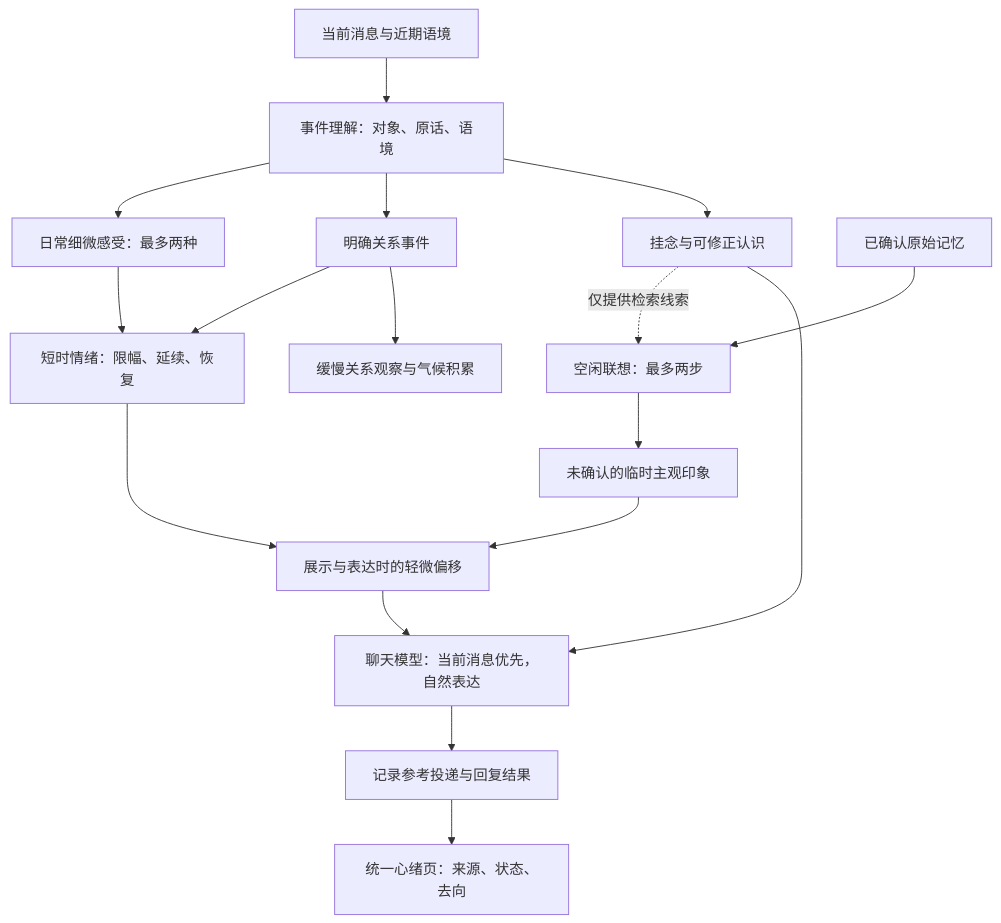
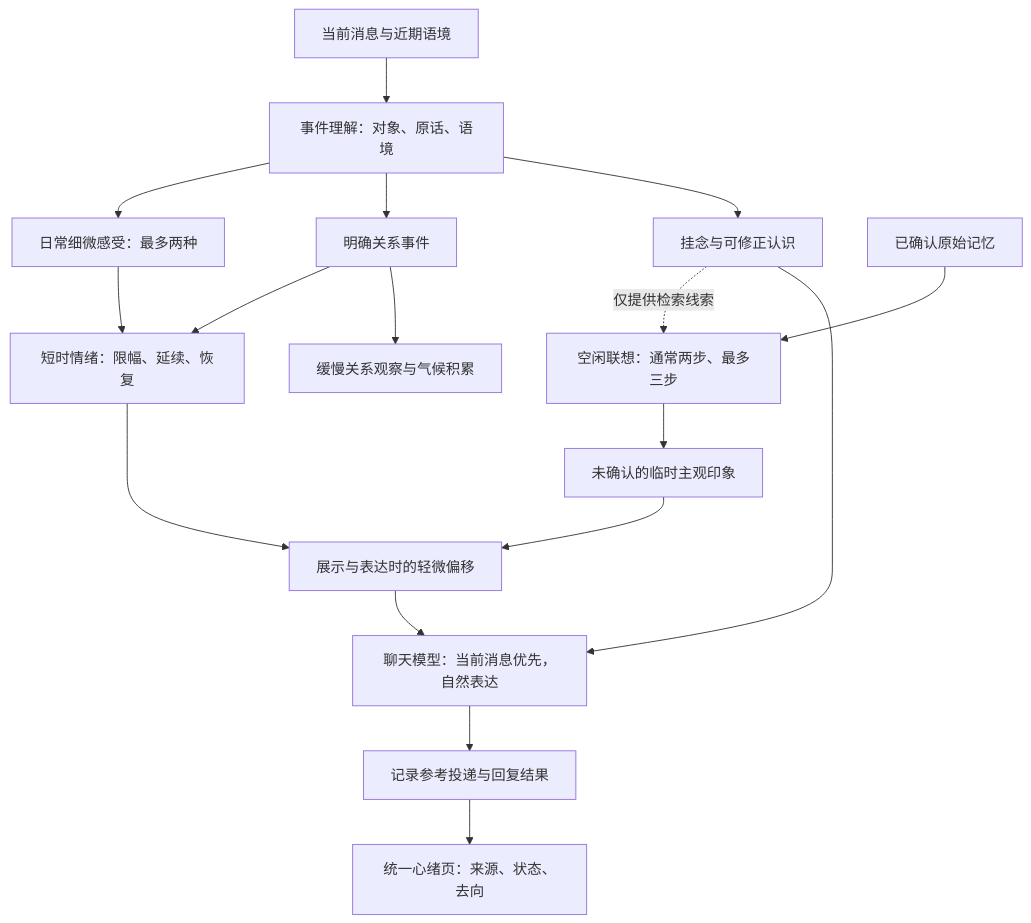
The diagram in docs/emotion-architecture.md (swy55555/dsh-feiyu-memory-console), drawn with Mermaid before and after one commit. The commit also changed other lines of this file and 41 other files, not shown here.

````diff
--- a/docs/emotion-architecture.md
+++ b/docs/emotion-architecture.md
@@ -5,19 +5,19 @@
 ```mermaid
 flowchart TD
   A[当前消息与近期语境] --> B[事件理解：对象、原话、语境]
   B --> C[日常细微感受：最多两种]
   B --> D[明确关系事件]
   B --> E[挂念与可修正认识]
   C --> F[短时情绪：限幅、延续、恢复]
   D --> F
   D --> G[缓慢关系观察与气候积累]
-  H[已确认原始记忆] --> I[空闲联想：最多两步]
+  H[已确认原始记忆] --> I[空闲联想：通常两步、最多三步]
   E -. 仅提供检索线索 .-> I
   I --> J[未确认的临时主观印象]
   J --> K[展示与表达时的轻微偏移]
   F --> K
   K --> L[聊天模型：当前消息优先，自然表达]
   E --> L
   L --> M[记录参考投递与回复结果]
   M --> N[统一心绪页：来源、状态、去向]
 ```
````
